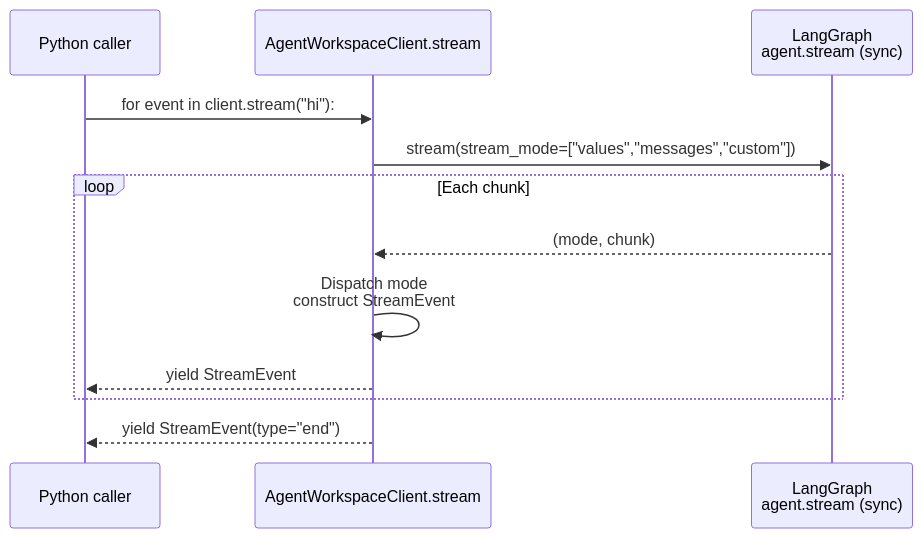
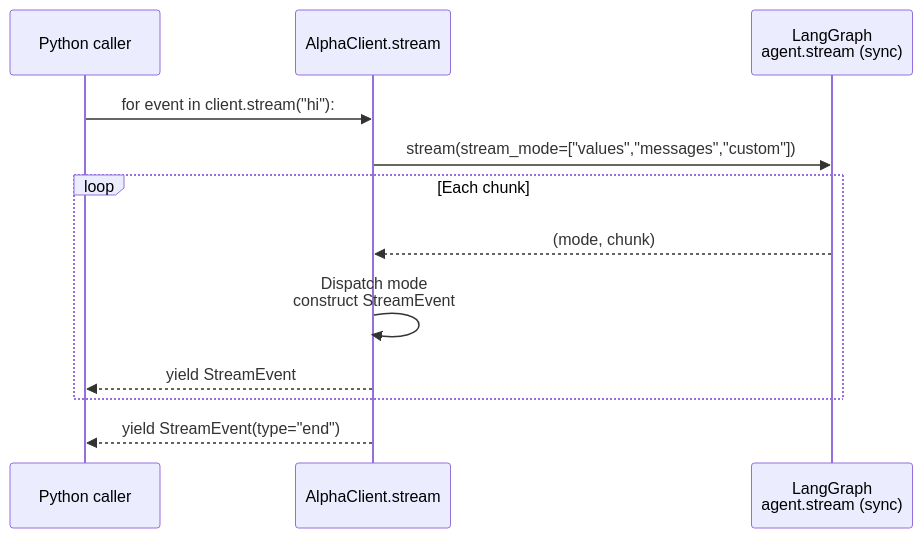
The third of 4 diagrams in backend/docs/STREAMING.md (itsPremkumar/alpha), drawn with Mermaid before and after one commit. The commit also changed other lines of this file and 882 other files, not shown here.

First line of the commit message:
refactor(repo): rename agent-workspace to alpha across the tree

````diff
--- a/backend/docs/STREAMING.md
+++ b/backend/docs/STREAMING.md
@@ -165,15 +165,15 @@
 ```mermaid
 sequenceDiagram
     participant User as Python caller
-    participant Client as AgentWorkspaceClient.stream
+    participant Client as AlphaClient.stream
     participant Agent as LangGraph<br/>agent.stream (sync)
 
     User->>Client: for event in client.stream("hi"):
     Client->>Agent: stream(stream_mode=["values","messages","custom"])
     loop Each chunk
         Agent-->>Client: (mode, chunk)
         Client->>Client: Dispatch mode<br/>construct StreamEvent
         Client-->>User: yield StreamEvent
     end
     Client-->>User: yield StreamEvent(type="end")
 ```
````
